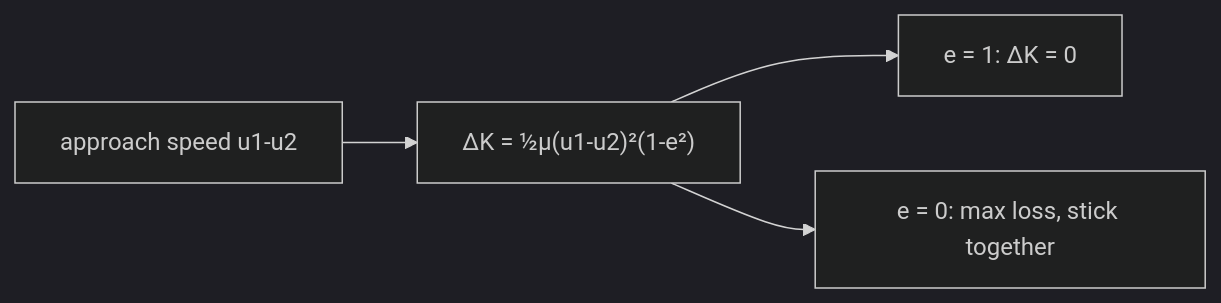
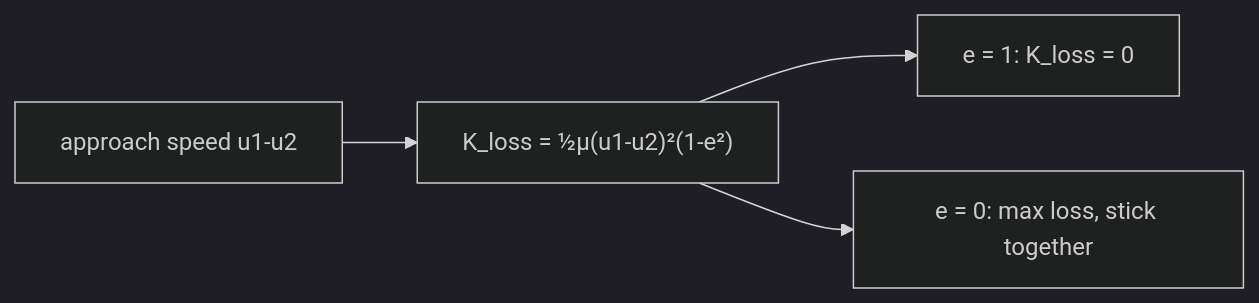
One commit to SurajGupta2009/Physics_JEEAD-OLYMPIAD_notes changed the fifth of 6 diagrams in centre-of-mass-momentum/Centre-of-mass-momentum.md. Above: the diagram before and after it, drawn with Mermaid (dark theme). The commit also changed other lines of this file and 31 other files, not shown here.

````diff
--- a/centre-of-mass-momentum/Centre-of-mass-momentum.md
+++ b/centre-of-mass-momentum/Centre-of-mass-momentum.md
@@ -283,6 +283,6 @@
 ```mermaid
 flowchart LR
-  A["approach speed u1-u2"] --> B["ΔK = ½μ(u1-u2)²(1-e²)"]
-  B --> C["e = 1: ΔK = 0"]
+  A["approach speed u1-u2"] --> B["K_loss = ½μ(u1-u2)²(1-e²)"]
+  B --> C["e = 1: K_loss = 0"]
   B --> D["e = 0: max loss, stick together"]
 ```
````
